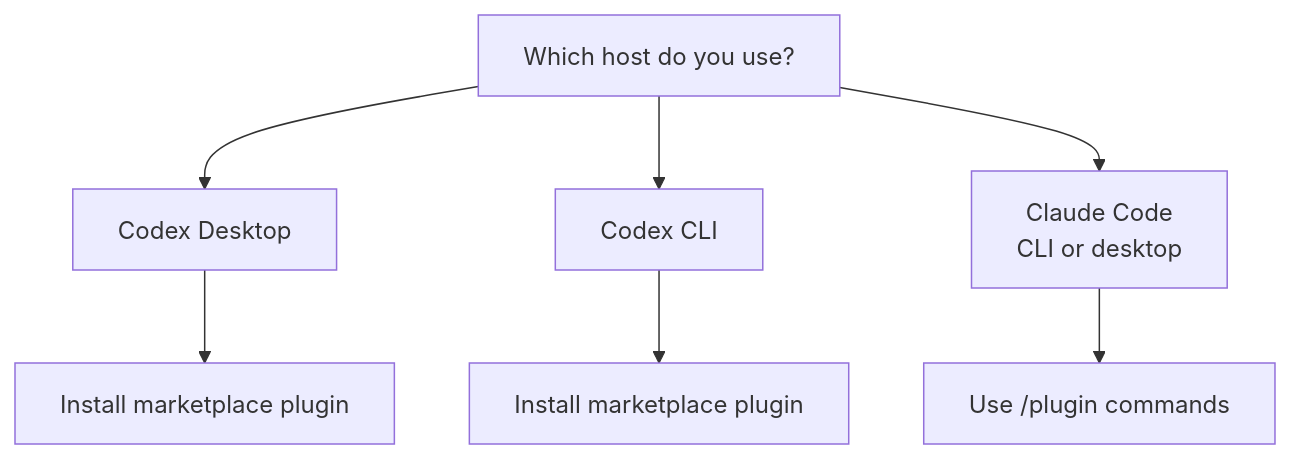
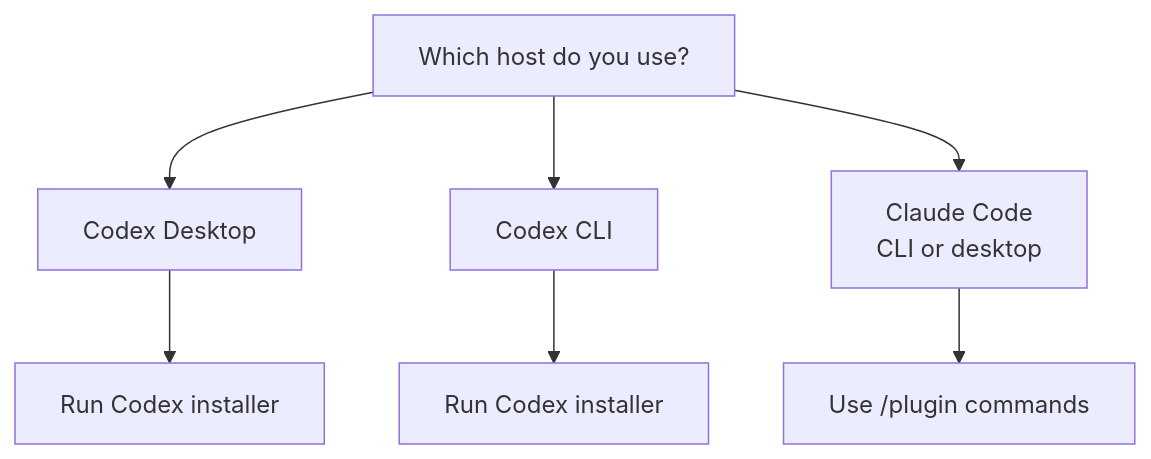
One commit to sssstwee/tastedistill changed the third of 3 diagrams in README.md. Above: the diagram before and after it, drawn with Mermaid. The commit also changed other lines of this file and 9 other files, not shown here.

Commit message:
fix: stabilize TasteD Codex install

````diff
--- a/README.md
+++ b/README.md
@@ -185,9 +185,9 @@
 ```mermaid
 flowchart TD
     A["Which host do you use?"] --> B["Codex Desktop"]
     A --> C["Codex CLI"]
     A --> D["Claude Code<br/>CLI or desktop"]
-    B --> F["Install marketplace plugin"]
-    C --> G["Install marketplace plugin"]
+    B --> F["Run Codex installer"]
+    C --> G["Run Codex installer"]
     D --> H["Use /plugin commands"]
 ```
````
